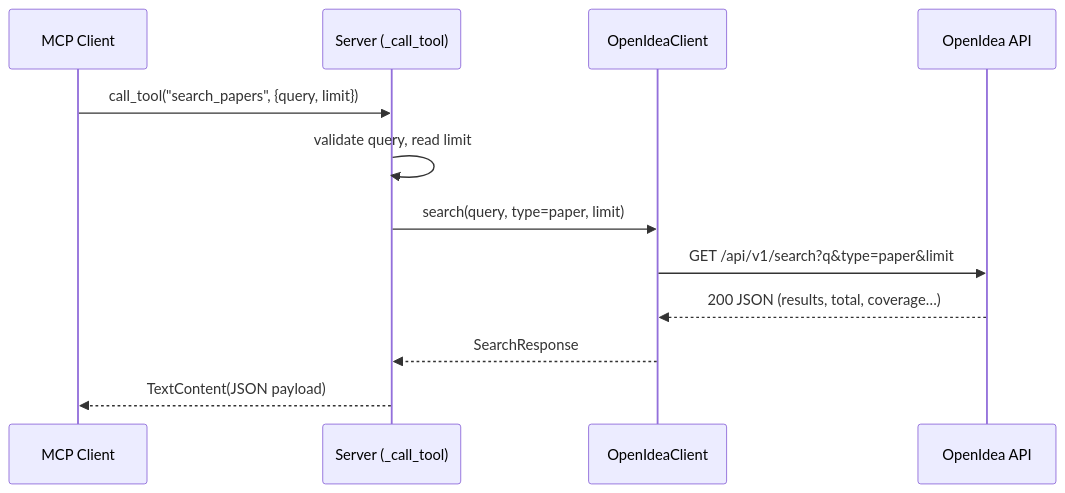
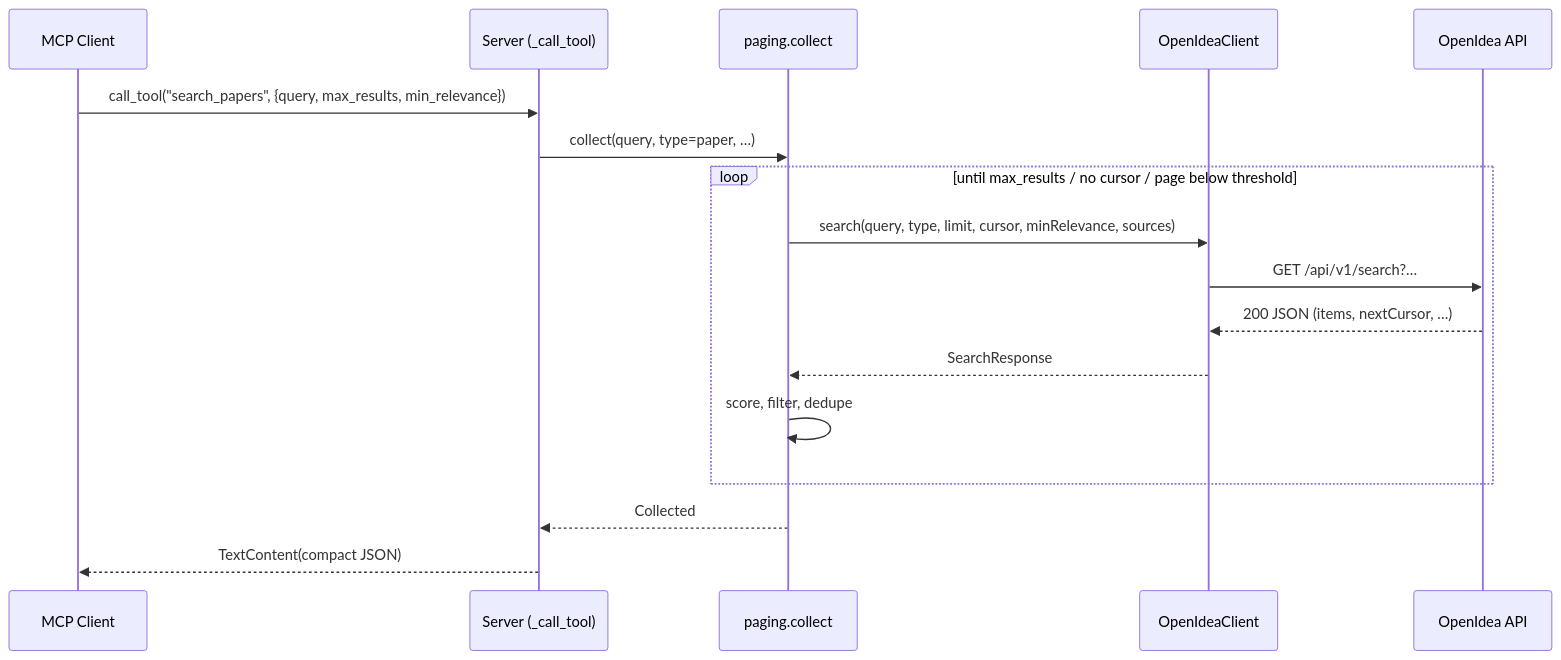
One commit to openideaorg/openidea-mcp changed the second of 4 diagrams in docs/architecture.md. Above: the diagram before and after it, drawn with Mermaid. The commit also changed other lines of this file and 6 other files, not shown here.

First line of the commit message:
Document relevance paging, sources and list_sources

````diff
--- a/docs/architecture.md
+++ b/docs/architecture.md
@@ -148,15 +180,20 @@
 ```mermaid
 sequenceDiagram
     participant C as MCP Client
     participant S as Server (_call_tool)
+    participant P as paging.collect
     participant K as OpenIdeaClient
     participant A as OpenIdea API
 
-    C->>S: call_tool("search_papers", {query, limit})
-    S->>S: validate query, read limit
-    S->>K: search(query, type=paper, limit)
-    K->>A: GET /api/v1/search?q&type=paper&limit
-    A-->>K: 200 JSON (results, total, coverage…)
-    K-->>S: SearchResponse
-    S-->>C: TextContent(JSON payload)
+    C->>S: call_tool("search_papers", {query, max_results, min_relevance})
+    S->>P: collect(query, type=paper, …)
+    loop until max_results / no cursor / page below threshold
+        P->>K: search(query, type, limit, cursor, minRelevance, sources)
+        K->>A: GET /api/v1/search?…
+        A-->>K: 200 JSON (items, nextCursor, …)
+        K-->>P: SearchResponse
+        P->>P: score, filter, dedupe
+    end
+    P-->>S: Collected
+    S-->>C: TextContent(compact JSON)
 ```
````
